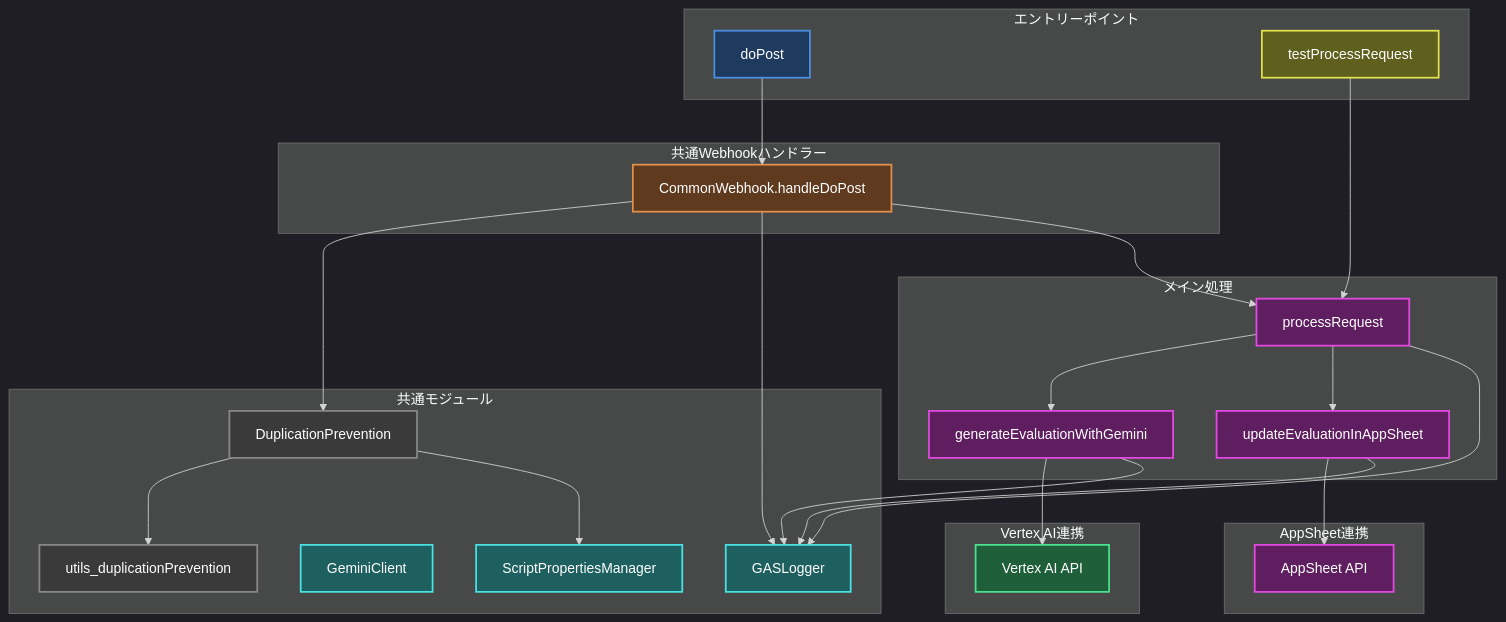
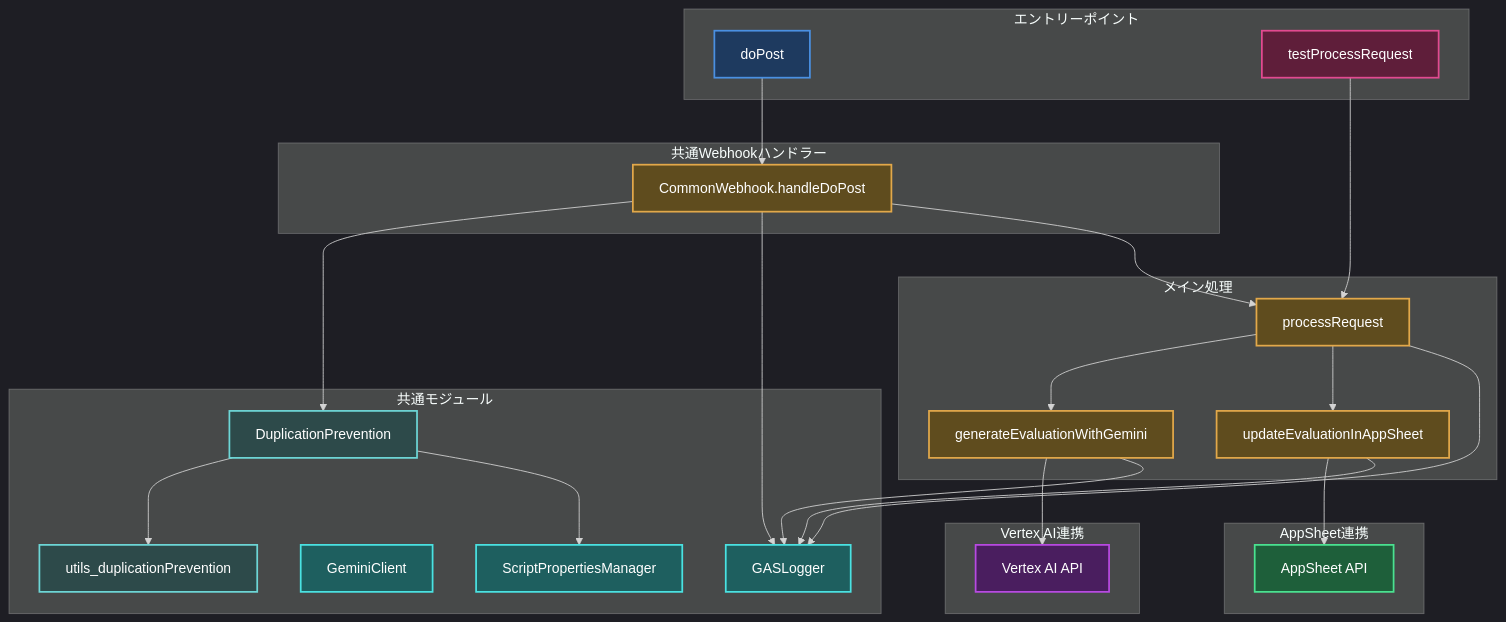
One commit to tasai-lab/appsheet-gas-automation changed the eighth of 10 diagrams in gas_projects/projects/nursing/Appsheet_訪問看護_計画書問題点_評価/FLOW.md. Above: the diagram before and after it, drawn with Mermaid. The commit also changed other lines of this file and 15 other files, not shown here.

First line of the commit message:
docs: FLOW.mdにダークモード対応配色を適用 - 全15プロジェクト完了

````diff
--- a/gas_projects/projects/nursing/Appsheet_訪問看護_計画書問題点_評価/FLOW.md
+++ b/gas_projects/projects/nursing/Appsheet_訪問看護_計画書問題点_評価/FLOW.md
@@ -286,63 +286,63 @@
 ```mermaid
 %%{init: {'theme':'dark'}}%%
 graph TB
     subgraph "エントリーポイント"
         doPost[doPost]:::webhook
         testFunc[testProcessRequest]:::test
     end
 
     subgraph "共通Webhookハンドラー"
         common[CommonWebhook.handleDoPost]:::common
     end
 
     subgraph "メイン処理"
         main[processRequest]:::main
         generate[generateEvaluationWithGemini]:::main
         update[updateEvaluationInAppSheet]:::main
     end
 
     subgraph "Vertex AI連携"
         vertexApi[Vertex AI API]:::gemini
     end
 
     subgraph "AppSheet連携"
         appsheetApi[AppSheet API]:::appsheet
     end
 
     subgraph "共通モジュール"
         logger[GASLogger]:::log
         dup[DuplicationPrevention]:::dup
         geminiClient[GeminiClient]:::log
         scriptProps[ScriptPropertiesManager]:::log
         utilsDup[utils_duplicationPrevention]:::dup
     end
 
     doPost --> common
     testFunc --> main
 
     common --> dup
     common --> logger
     common --> main
 
     main --> generate
     main --> update
 
     generate --> vertexApi
     update --> appsheetApi
 
     main --> logger
     generate --> logger
     update --> logger
 
     dup --> utilsDup
     dup --> scriptProps
 
-    classDef webhook fill:#1e3a5f,stroke:#4a90e2,stroke-width:2px,color:#fff
-    classDef test fill:#5f5f1e,stroke:#e2e24a,stroke-width:2px,color:#fff
-    classDef common fill:#5f3a1e,stroke:#e2904a,stroke-width:2px,color:#fff
-    classDef main fill:#5f1e5f,stroke:#e24ae2,stroke-width:2px,color:#fff
-    classDef gemini fill:#1e5f3a,stroke:#4ae290,stroke-width:2px,color:#fff
-    classDef appsheet fill:#5f1e5f,stroke:#e24ae2,stroke-width:2px,color:#fff
-    classDef log fill:#1e5f5f,stroke:#4ae2e2,stroke-width:2px,color:#fff
-    classDef dup fill:#3a3a3a,stroke:#888,stroke-width:2px,color:#fff
+    classDef webhook fill:#1e3a5f,stroke:#4a90e2,stroke-width:2px,color:#ffffff
+    classDef test fill:#5f1e3a,stroke:#e24a90,stroke-width:2px,color:#ffffff
+    classDef common fill:#5f4c1e,stroke:#e2a84a,stroke-width:2px,color:#ffffff
+    classDef main fill:#5f4c1e,stroke:#e2a84a,stroke-width:2px,color:#ffffff
+    classDef gemini fill:#4a1e5f,stroke:#b84ae2,stroke-width:2px,color:#ffffff
+    classDef appsheet fill:#1e5f3a,stroke:#4ae290,stroke-width:2px,color:#ffffff
+    classDef log fill:#1e5f5f,stroke:#4ae2e2,stroke-width:2px,color:#ffffff
+    classDef dup fill:#2d4a4a,stroke:#6dd6d6,stroke-width:2px,color:#ffffff
 ```
````
